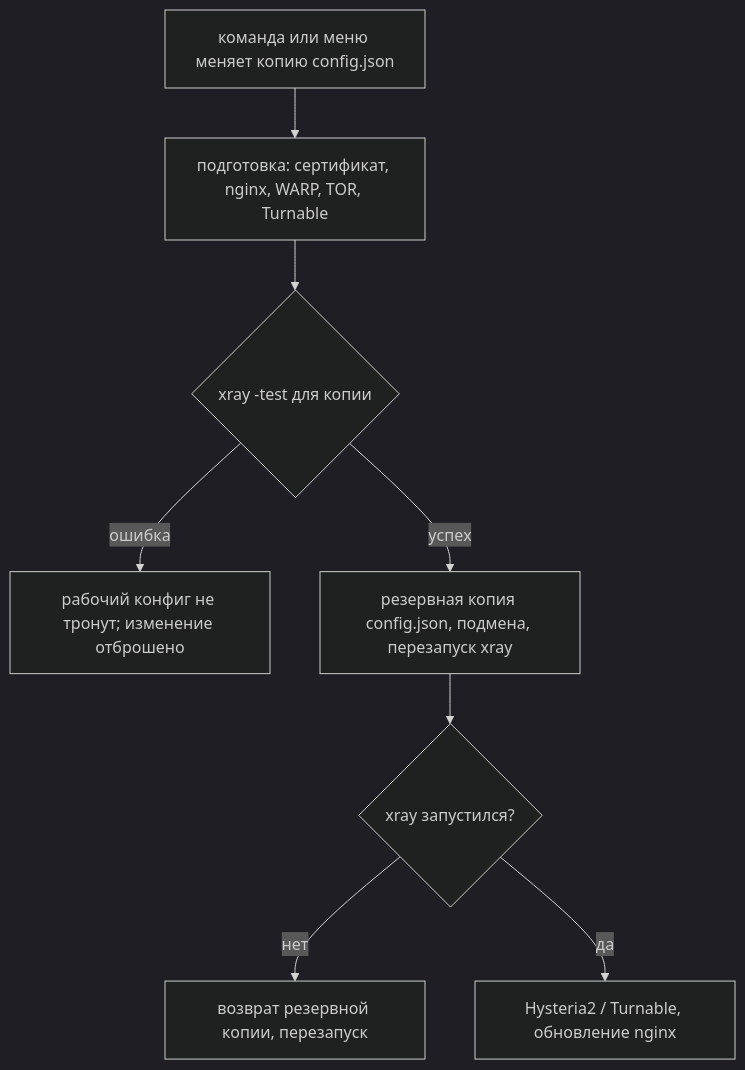
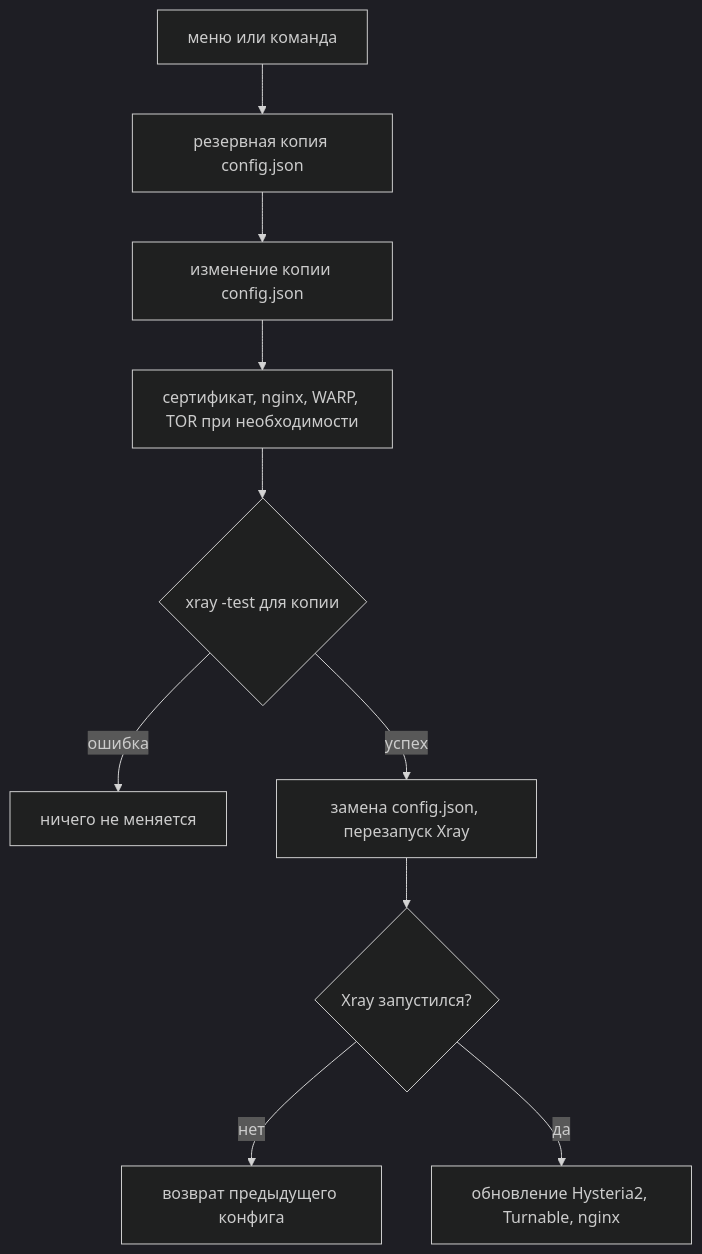
The second of 4 diagrams in docs/ru/architecture.md (Shark-vil/xray_vless_easy_install_script), drawn with Mermaid (dark theme) before and after one commit. The commit also changed other lines of this file and 29 other files, not shown here.

````diff
--- a/docs/ru/architecture.md
+++ b/docs/ru/architecture.md
@@ -35,10 +27,12 @@
 ```mermaid
 flowchart TD
-    A[команда или меню меняет копию config.json] --> B[подготовка: сертификат, nginx, WARP, TOR, Turnable]
-    B --> D{xray -test для копии}
-    D -- ошибка --> E[рабочий конфиг не тронут; изменение отброшено]
-    D -- успех --> F[резервная копия config.json, подмена, перезапуск xray]
-    F --> G{xray запустился?}
-    G -- нет --> H[возврат резервной копии, перезапуск]
-    G -- да --> I[Hysteria2 / Turnable, обновление nginx]
+    A[меню или команда] --> B[резервная копия config.json]
+    B --> C[изменение копии config.json]
+    C --> D[сертификат, nginx, WARP, TOR при необходимости]
+    D --> E{xray -test для копии}
+    E -- ошибка --> F[ничего не меняется]
+    E -- успех --> G[замена config.json, перезапуск Xray]
+    G --> H{Xray запустился?}
+    H -- нет --> I[возврат предыдущего конфига]
+    H -- да --> J[обновление Hysteria2, Turnable, nginx]
 ```
````
